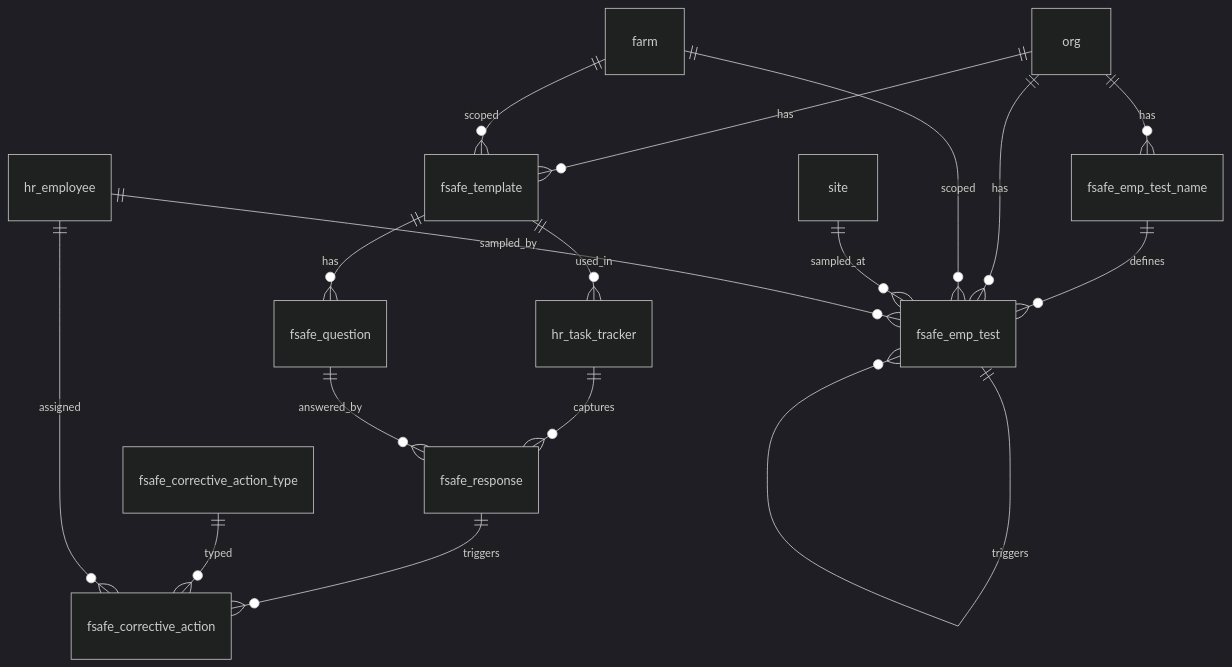
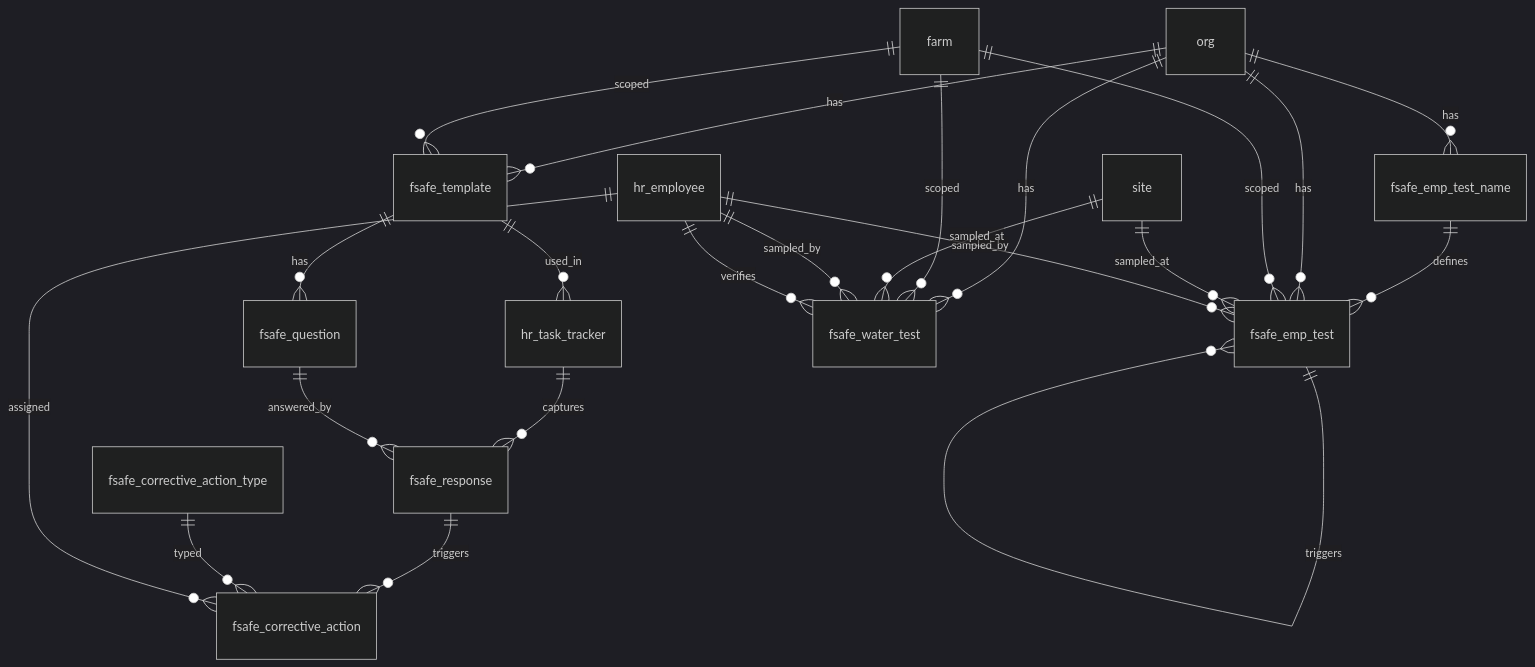
One commit to Hawaii-Farming/aloha-app changed the diagram in docs/schemas/20260318_05_fsafe.md. Above: the diagram before and after it, drawn with Mermaid (dark theme). The commit also changed other lines of this file and 3 other files, not shown here.

First line of the commit message:
Add fsafe_water_test table for water quality test results

````diff
--- a/docs/schemas/20260318_05_fsafe.md
+++ b/docs/schemas/20260318_05_fsafe.md
@@ -25,20 +25,26 @@
 ```mermaid
 erDiagram
     org ||--o{ fsafe_template : has
     farm ||--o{ fsafe_template : scoped
     fsafe_template ||--o{ fsafe_question : has
     fsafe_template ||--o{ hr_task_tracker : used_in
     hr_task_tracker ||--o{ fsafe_response : captures
     fsafe_question ||--o{ fsafe_response : answered_by
     fsafe_response ||--o{ fsafe_corrective_action : triggers
     fsafe_corrective_action_type ||--o{ fsafe_corrective_action : typed
     hr_employee ||--o{ fsafe_corrective_action : assigned
 
     org ||--o{ fsafe_emp_test_name : has
     fsafe_emp_test_name ||--o{ fsafe_emp_test : defines
     org ||--o{ fsafe_emp_test : has
     farm ||--o{ fsafe_emp_test : scoped
     site ||--o{ fsafe_emp_test : sampled_at
     hr_employee ||--o{ fsafe_emp_test : sampled_by
     fsafe_emp_test ||--o{ fsafe_emp_test : triggers
+
+    org ||--o{ fsafe_water_test : has
+    farm ||--o{ fsafe_water_test : scoped
+    site ||--o{ fsafe_water_test : sampled_at
+    hr_employee ||--o{ fsafe_water_test : sampled_by
+    hr_employee ||--o{ fsafe_water_test : verifies
 ```
````
